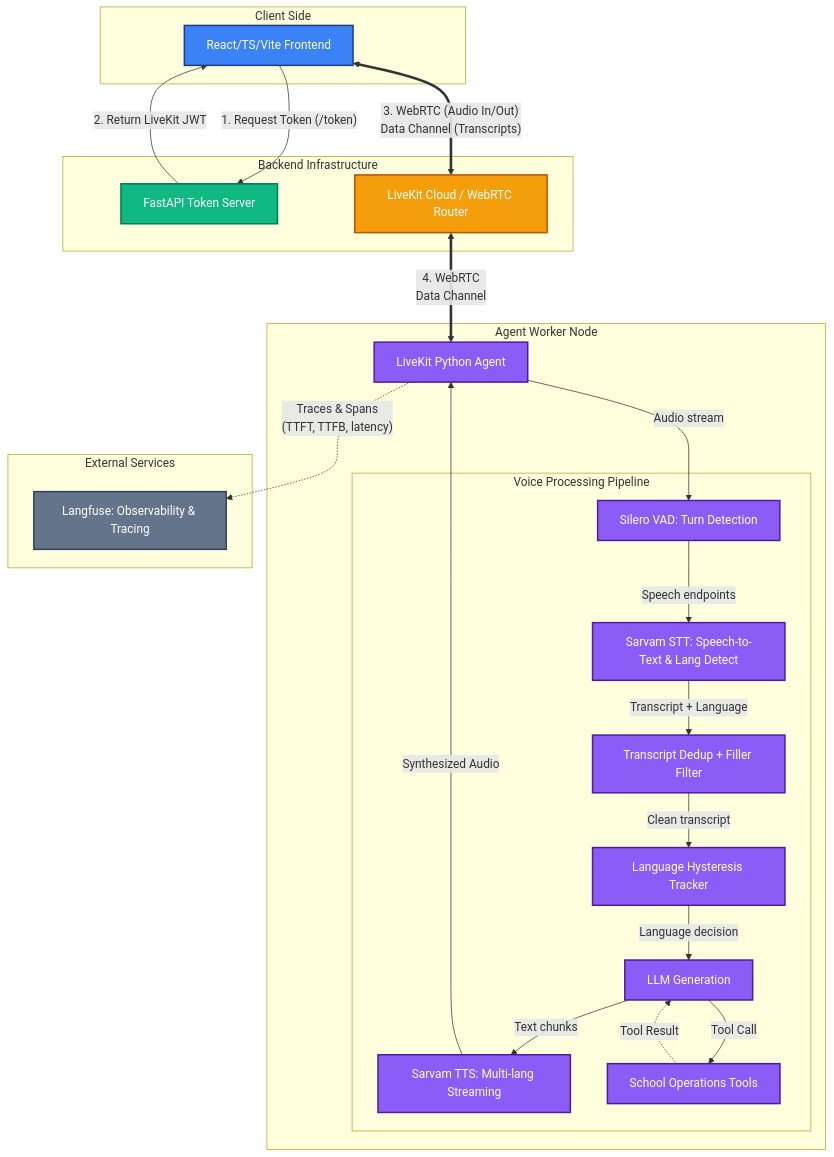
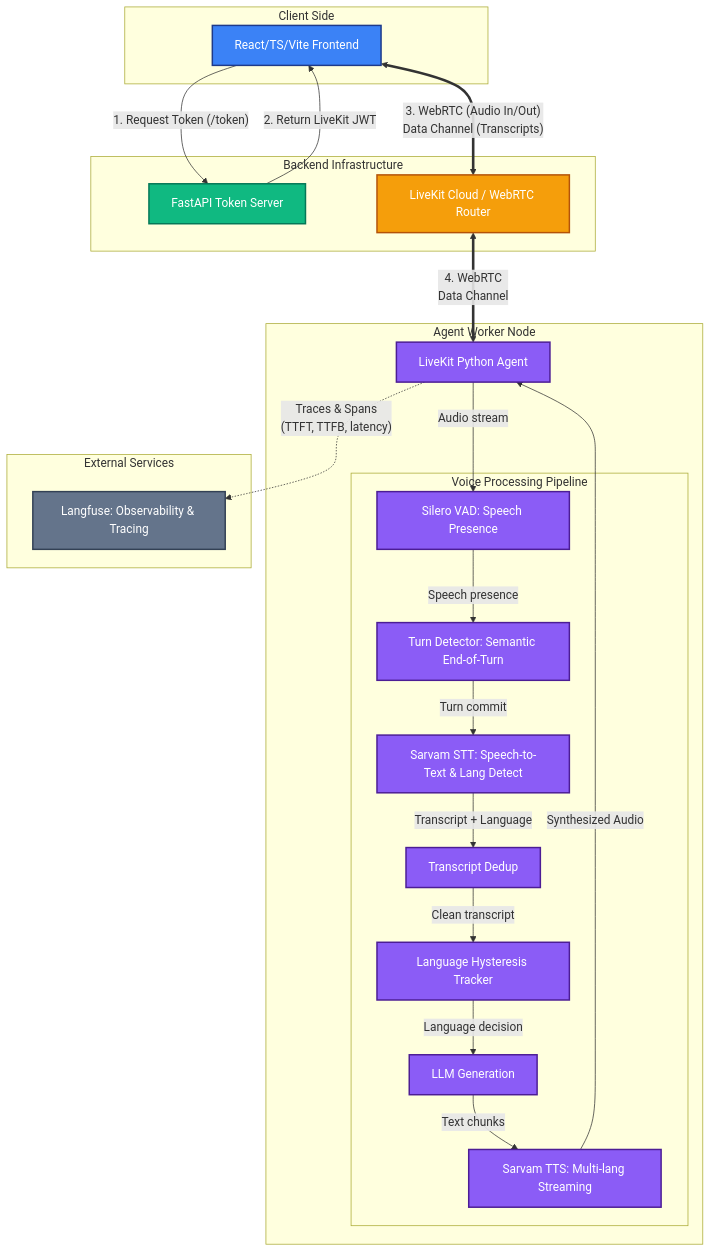
Before and after one commit to Himanshu-Jha-rgb/voiceai: the diagram in README.md, drawn with Mermaid. The commit also changed other lines of this file and 2 other files, not shown here.

````diff
--- a/README.md
+++ b/README.md
@@ -19,53 +19,52 @@
 ```mermaid
 graph TD
     classDef frontend fill:#3b82f6,stroke:#1e3a8a,stroke-width:2px,color:white;
     classDef server fill:#10b981,stroke:#047857,stroke-width:2px,color:white;
     classDef livekit fill:#f59e0b,stroke:#b45309,stroke-width:2px,color:white;
     classDef agent fill:#8b5cf6,stroke:#4c1d95,stroke-width:2px,color:white;
     classDef ext fill:#64748b,stroke:#334155,stroke-width:2px,color:white;
 
     subgraph Client [Client Side]
         UI[React/TS/Vite Frontend]:::frontend
     end
 
     subgraph Backend [Backend Infrastructure]
         TokenServer[FastAPI Token Server]:::server
         LiveKitCloud[LiveKit Cloud / WebRTC Router]:::livekit
     end
 
     subgraph Worker [Agent Worker Node]
         VoiceAgent[LiveKit Python Agent]:::agent
 
         subgraph Pipeline [Voice Processing Pipeline]
-            VAD[Silero VAD: Turn Detection]:::agent
+            VAD[Silero VAD: Speech Presence]:::agent
+            TurnDetector[Turn Detector: Semantic End-of-Turn]:::agent
             STT[Sarvam STT: Speech-to-Text & Lang Detect]:::agent
-            Dedup[Transcript Dedup + Filler Filter]:::agent
+            Dedup[Transcript Dedup]:::agent
             Hysteresis[Language Hysteresis Tracker]:::agent
             LLM[LLM Generation]:::agent
             TTS[Sarvam TTS: Multi-lang Streaming]:::agent
-            Tools[School Operations Tools]:::agent
         end
     end
 
     subgraph Externals [External Services]
         Langfuse[Langfuse: Observability & Tracing]:::ext
     end
 
     UI -- "1. Request Token (/token)" --> TokenServer
     TokenServer -- "2. Return LiveKit JWT" --> UI
 
     UI <== "3. WebRTC (Audio In/Out)\nData Channel (Transcripts)" ==> LiveKitCloud
     LiveKitCloud <== "4. WebRTC\nData Channel" ==> VoiceAgent
 
     VoiceAgent --> |Audio stream| VAD
-    VAD --> |Speech endpoints| STT
+    VAD --> |Speech presence| TurnDetector
+    TurnDetector --> |Turn commit| STT
     STT --> |Transcript + Language| Dedup
     Dedup --> |Clean transcript| Hysteresis
     Hysteresis --> |Language decision| LLM
-    LLM --> |Tool Call| Tools
-    Tools -.-> |Tool Result| LLM
     LLM --> |Text chunks| TTS
     TTS --> |Synthesized Audio| VoiceAgent
 
     VoiceAgent -. "Traces & Spans\n(TTFT, TTFB, latency)" .-> Langfuse
 ```
````
